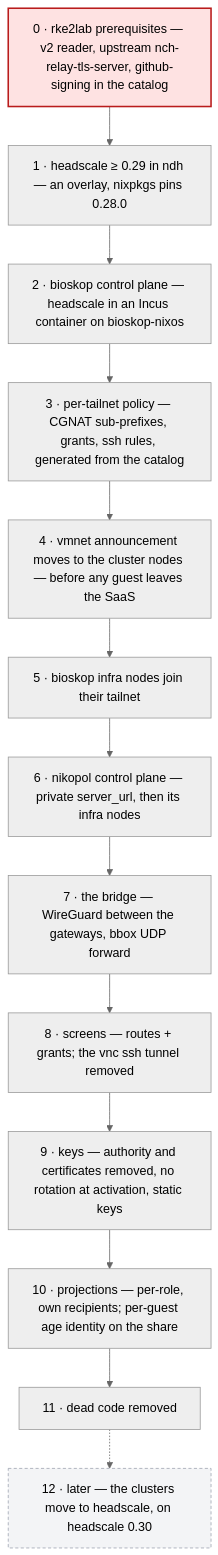
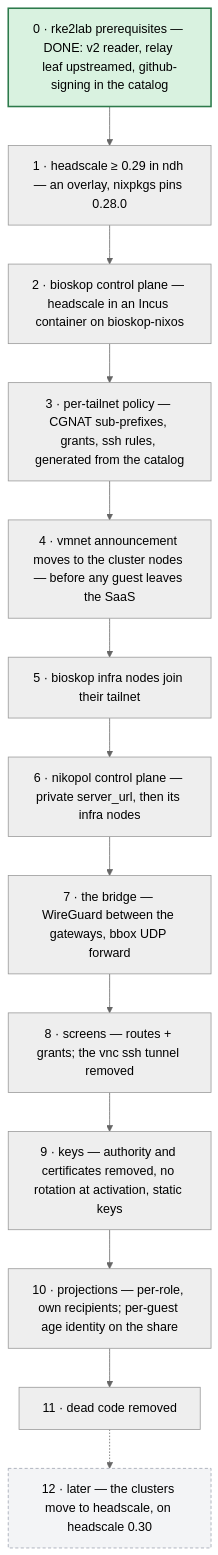
Before and after one commit to seedmatic/rke2lab: the sixth of 6 diagrams in docs/architecture/atlas/fabric-control-plane.adoc, drawn with Mermaid (neutral theme). The commit also changed other lines of this file and 1 other file, not shown here.

First line of the commit message:
docs(atlas): the rke2lab prerequisites were already done — measured, not assumed

```diff
--- a/docs/architecture/atlas/fabric-control-plane.adoc
+++ b/docs/architecture/atlas/fabric-control-plane.adoc
@@ -206,21 +206,21 @@
 [mermaid]
 ....
 flowchart TB
-  s0["0 · rke2lab prerequisites — v2 reader, upstream nch-relay-tls-server, github-signing in the catalog"]:::now
+  s0["0 · rke2lab prerequisites — DONE: v2 reader, relay leaf upstreamed, github-signing in the catalog"]:::done
   s1["1 · headscale ≥ 0.29 in ndh — an overlay, nixpkgs pins 0.28.0"]
   s2["2 · bioskop control plane — headscale in an Incus container on bioskop-nixos"]
   s3["3 · per-tailnet policy — CGNAT sub-prefixes, grants, ssh rules, generated from the catalog"]
   s4["4 · vmnet announcement moves to the cluster nodes — before any guest leaves the SaaS"]
   s5["5 · bioskop infra nodes join their tailnet"]
   s6["6 · nikopol control plane — private server_url, then its infra nodes"]
   s7["7 · the bridge — WireGuard between the gateways, bbox UDP forward"]
   s8["8 · screens — routes + grants; the vnc ssh tunnel removed"]
   s9["9 · keys — authority and certificates removed, no rotation at activation, static keys"]
   s10["10 · projections — per-role, own recipients; per-guest age identity on the share"]
   s11["11 · dead code removed"]
   s12["12 · later — the clusters move to headscale, on headscale 0.30"]:::later
   s0 --> s1 --> s2 --> s3 --> s4 --> s5 --> s6 --> s7 --> s8 --> s9 --> s10 --> s11 -.-> s12
 
-  classDef now fill:#fee2e2,stroke:#b91c1c,stroke-width:2px;
+  classDef done fill:#d9f2e0,stroke:#2d7a4b,stroke-width:2px;
   classDef later fill:#f3f4f6,stroke:#9ca3af,stroke-dasharray:4 3;
 ....
```
